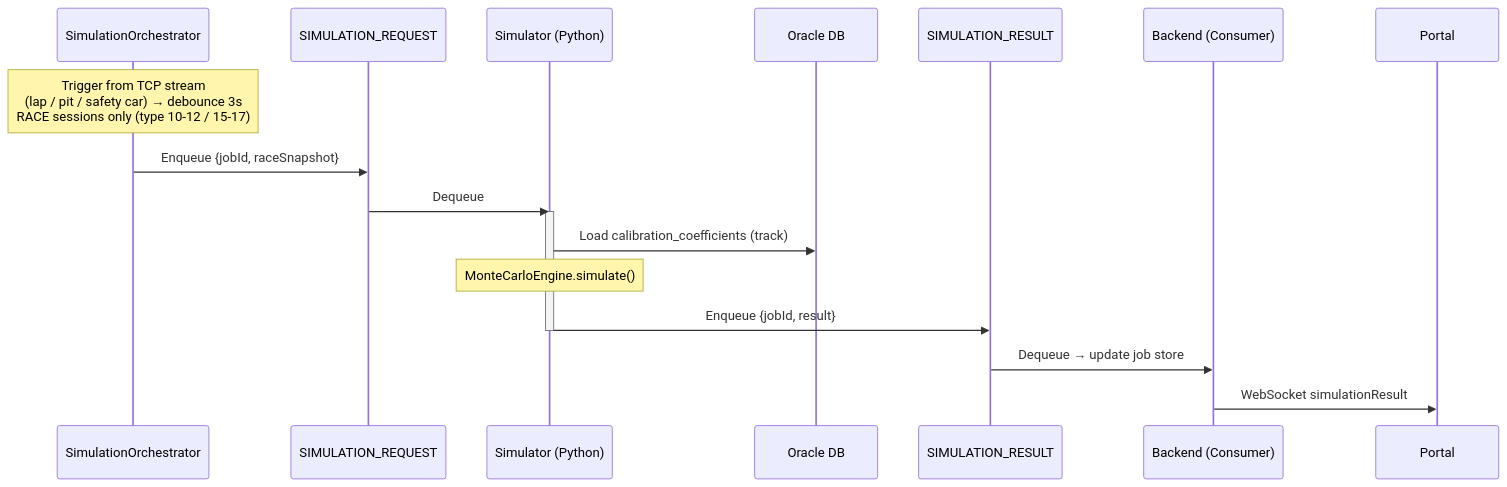
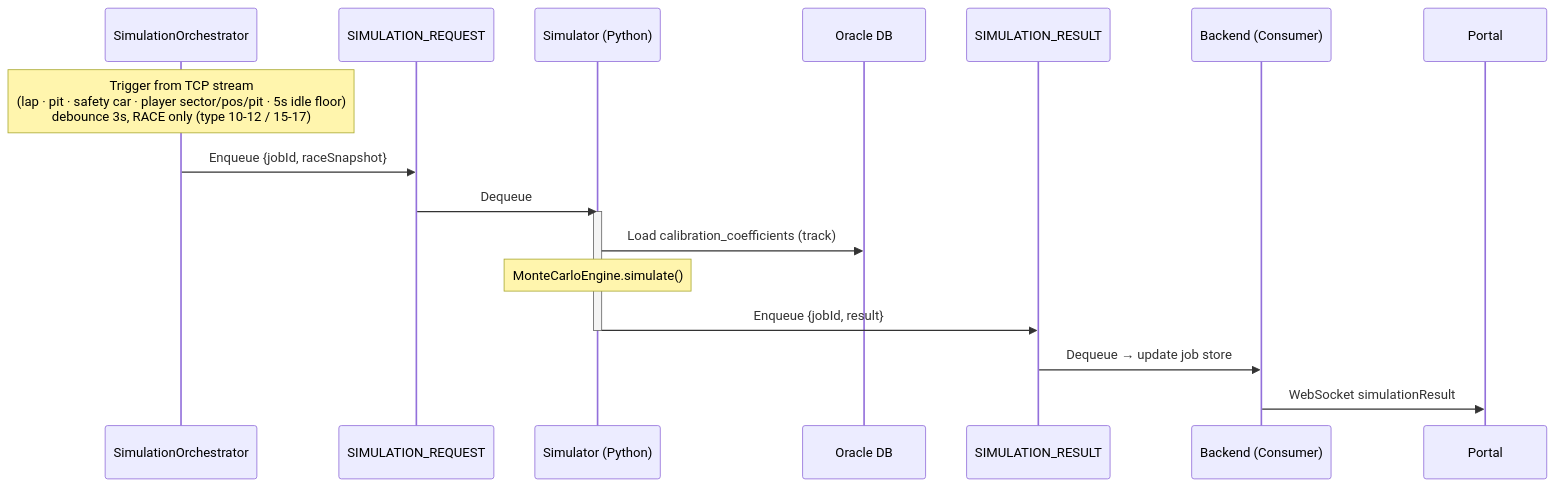
The sixth of 10 diagrams in design/06-INTEGRATION.md (vmleon/f12025-race-strategy-simulation), drawn with Mermaid before and after one commit. The commit also changed other lines of this file and 8 other files, not shown here.

````diff
--- a/design/06-INTEGRATION.md
+++ b/design/06-INTEGRATION.md
@@ -227,21 +229,21 @@
 ```mermaid
 sequenceDiagram
     participant Orch as SimulationOrchestrator
     participant Q1 as SIMULATION_REQUEST
     participant Sim as Simulator (Python)
     participant DB as Oracle DB
     participant Q2 as SIMULATION_RESULT
     participant BE as Backend (Consumer)
     participant Portal as Portal
 
-    Note over Orch: Trigger from TCP stream<br/>(lap / pit / safety car) → debounce 3s<br/>RACE sessions only (type 10-12 / 15-17)
+    Note over Orch: Trigger from TCP stream<br/>(lap · pit · safety car · player sector/pos/pit · 5s idle floor)<br/>debounce 3s, RACE only (type 10-12 / 15-17)
     Orch->>Q1: Enqueue {jobId, raceSnapshot}
     Q1->>Sim: Dequeue
     activate Sim
     Sim->>DB: Load calibration_coefficients (track)
     Note over Sim: MonteCarloEngine.simulate()
     Sim->>Q2: Enqueue {jobId, result}
     deactivate Sim
     Q2->>BE: Dequeue → update job store
     BE->>Portal: WebSocket simulationResult
 ```
````
